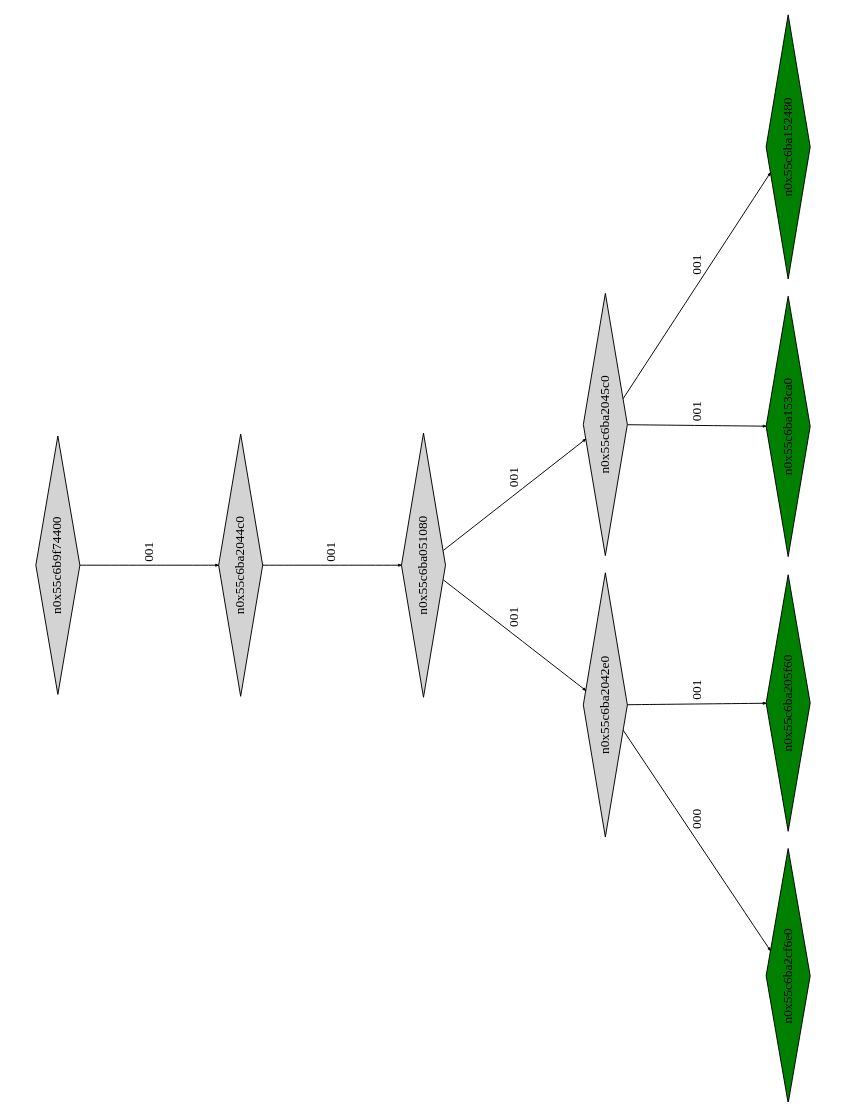
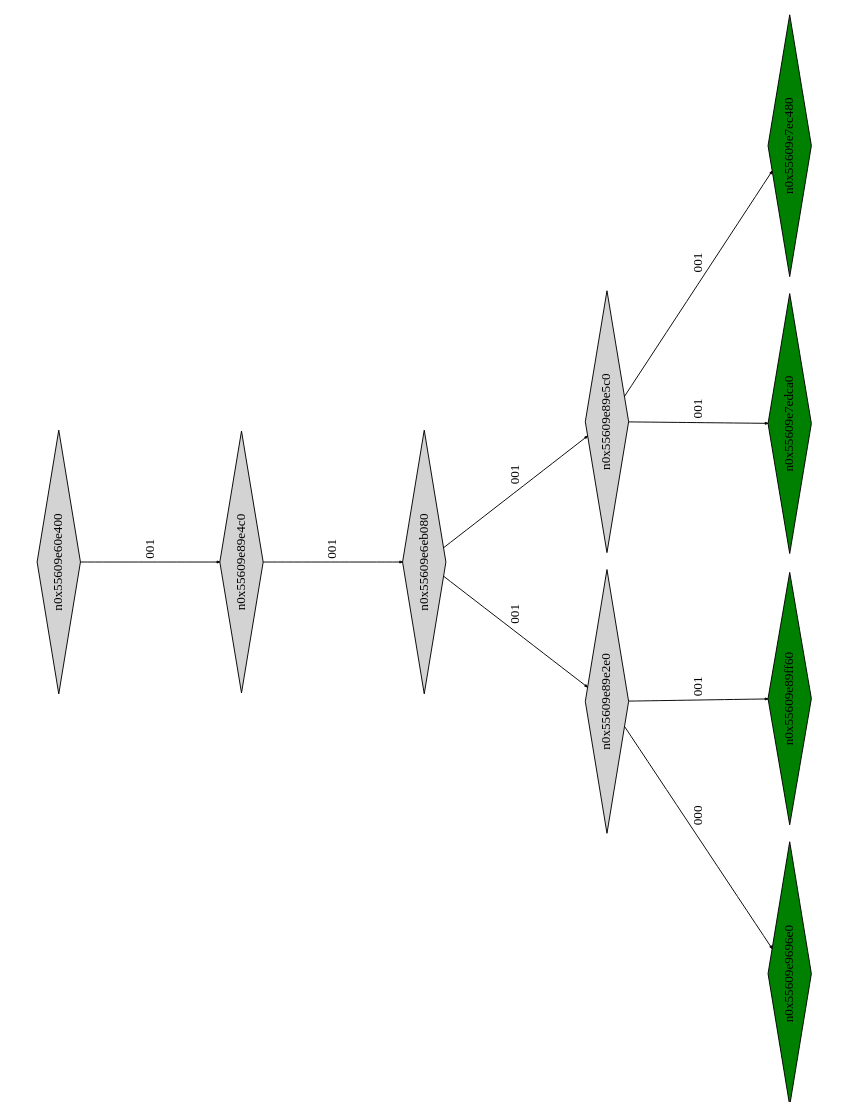
Before and after one commit to Research-Tools-PAVT/PSE-Program-Examples: the diagram in example4_klee_out/ptree_00000810.dot, drawn with Graphviz. The commit also changed 80 other files, not shown here.

```diff
--- a/example4_klee_out/ptree_00000810.dot
+++ b/example4_klee_out/ptree_00000810.dot
@@ -1,25 +1,25 @@
 digraph G {
 	size="10,7.5";
 	ratio=fill;
 	rotate=90;
 	center = "true";
 	node [style="filled",width=.1,height=.1,fontname="Terminus"]
 	edge [arrowsize=.3]
-	n0x55c6b9f74400 [shape=diamond];
-	n0x55c6b9f74400 -> n0x55c6ba2044c0 [label=001];
-	n0x55c6ba2044c0 [shape=diamond];
-	n0x55c6ba2044c0 -> n0x55c6ba051080 [label=001];
-	n0x55c6ba051080 [shape=diamond];
-	n0x55c6ba051080 -> n0x55c6ba2042e0 [label=001];
-	n0x55c6ba051080 -> n0x55c6ba2045c0 [label=001];
-	n0x55c6ba2045c0 [shape=diamond];
-	n0x55c6ba2045c0 -> n0x55c6ba153ca0 [label=001];
-	n0x55c6ba2045c0 -> n0x55c6ba152480 [label=001];
-	n0x55c6ba152480 [shape=diamond,fillcolor=green];
-	n0x55c6ba153ca0 [shape=diamond,fillcolor=green];
-	n0x55c6ba2042e0 [shape=diamond];
-	n0x55c6ba2042e0 -> n0x55c6ba2cf6e0 [label=000];
-	n0x55c6ba2042e0 -> n0x55c6ba205f60 [label=001];
-	n0x55c6ba205f60 [shape=diamond,fillcolor=green];
-	n0x55c6ba2cf6e0 [shape=diamond,fillcolor=green];
+	n0x55609e60e400 [shape=diamond];
+	n0x55609e60e400 -> n0x55609e89e4c0 [label=001];
+	n0x55609e89e4c0 [shape=diamond];
+	n0x55609e89e4c0 -> n0x55609e6eb080 [label=001];
+	n0x55609e6eb080 [shape=diamond];
+	n0x55609e6eb080 -> n0x55609e89e2e0 [label=001];
+	n0x55609e6eb080 -> n0x55609e89e5c0 [label=001];
+	n0x55609e89e5c0 [shape=diamond];
+	n0x55609e89e5c0 -> n0x55609e7edca0 [label=001];
+	n0x55609e89e5c0 -> n0x55609e7ec480 [label=001];
+	n0x55609e7ec480 [shape=diamond,fillcolor=green];
+	n0x55609e7edca0 [shape=diamond,fillcolor=green];
+	n0x55609e89e2e0 [shape=diamond];
+	n0x55609e89e2e0 -> n0x55609e9696e0 [label=000];
+	n0x55609e89e2e0 -> n0x55609e89ff60 [label=001];
+	n0x55609e89ff60 [shape=diamond,fillcolor=green];
+	n0x55609e9696e0 [shape=diamond,fillcolor=green];
 }
```
